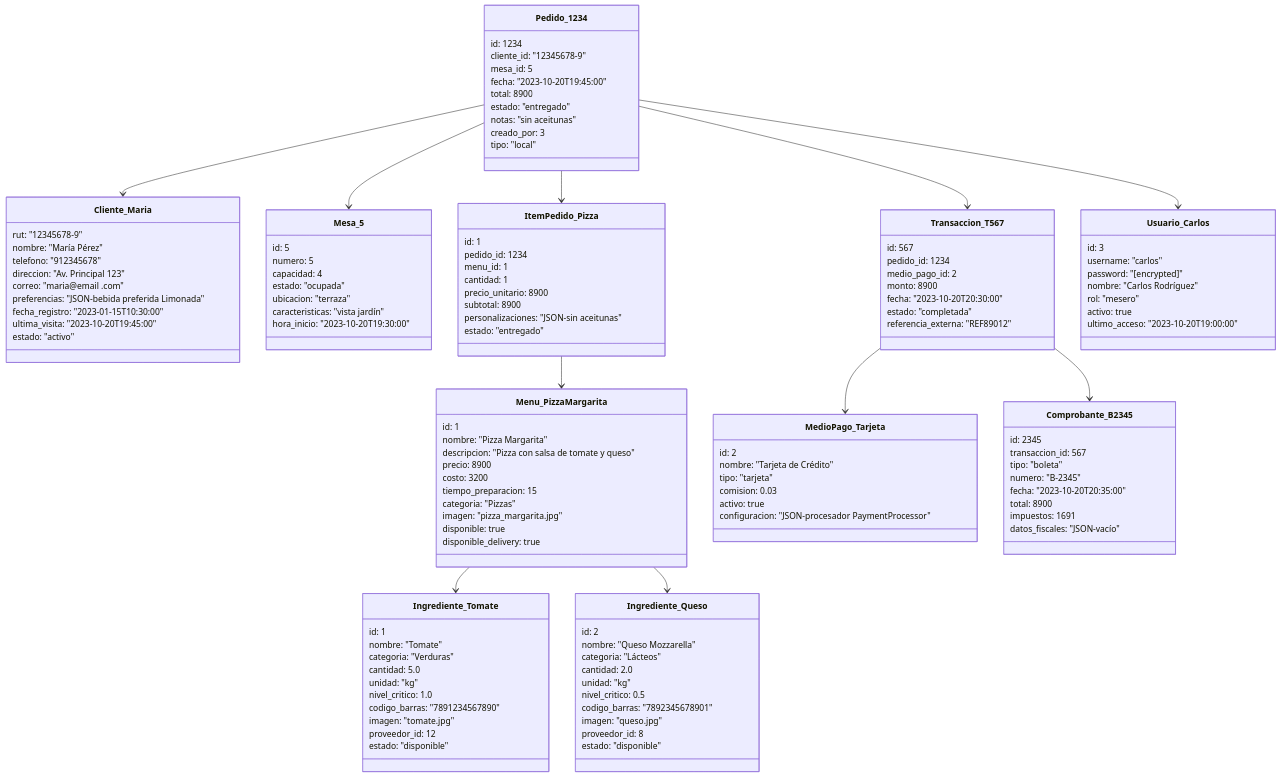
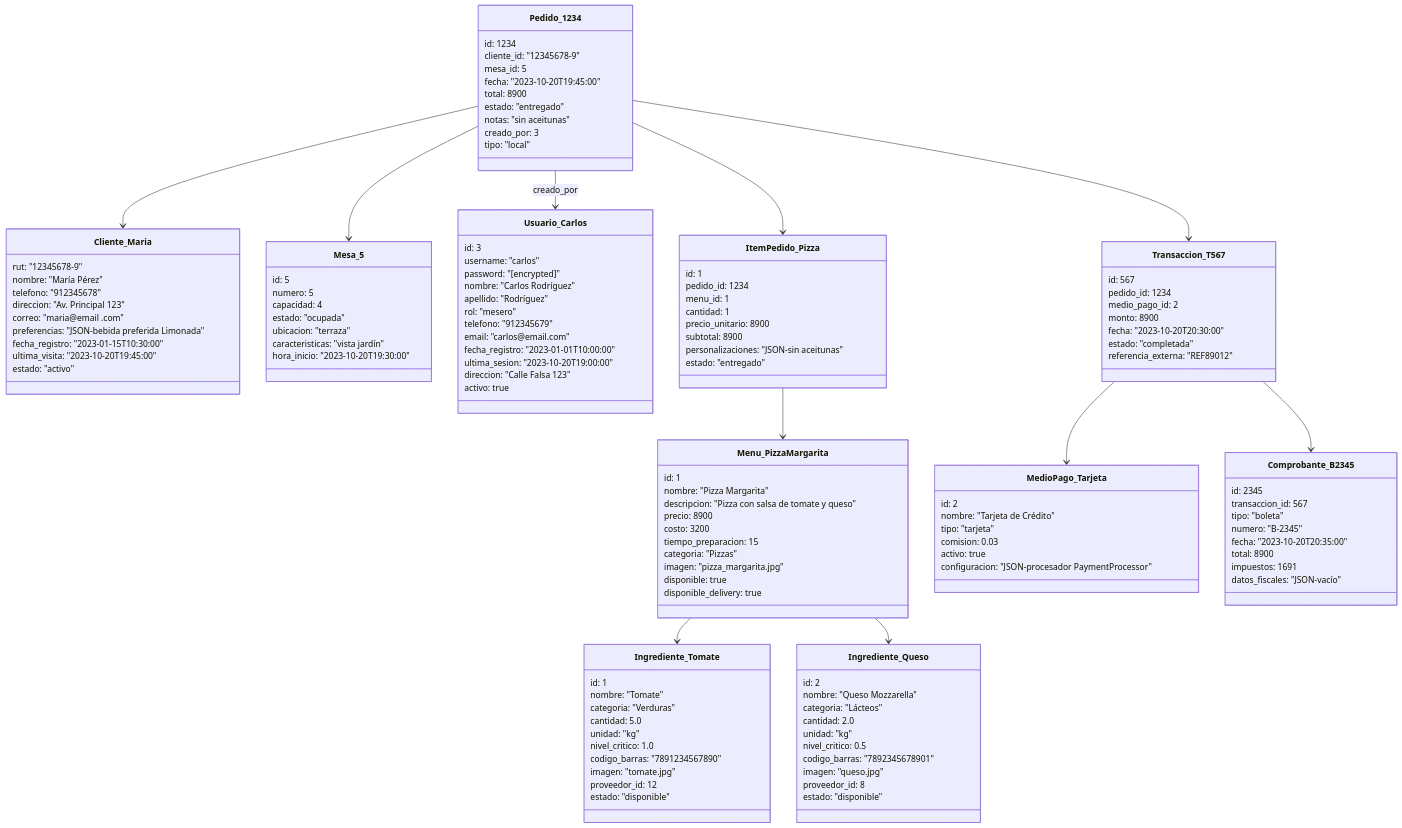
Before and after one commit to Fabo01/Dise-o_Software: the tenth of 12 diagrams in Sistema_Restaurante/Docs/Diagramas/Diagramas.md, drawn with Mermaid. The commit also changed other lines of this file and 8 other files, not shown here.

````diff
--- a/Sistema_Restaurante/Docs/Diagramas/Diagramas.md
+++ b/Sistema_Restaurante/Docs/Diagramas/Diagramas.md
@@ -1123,6 +1147,21 @@
         tipo: "local"
     }
     
+    class Usuario_Carlos {
+        id: 3
+        username: "carlos"
+        password: "[encrypted]"
+        nombre: "Carlos Rodríguez"
+        apellido: "Rodríguez"
+        rol: "mesero"
+        telefono: "912345679"
+        email: "carlos@email.com"
+        fecha_registro: "2023-01-01T10:00:00"
+        ultima_sesion: "2023-10-20T19:00:00"
+        direccion: "Calle Falsa 123"
+        activo: true
+    }
+    
     class ItemPedido_Pizza {
         id: 1
         pedido_id: 1234
@@ -1164,16 +1203,6 @@
         datos_fiscales: "JSON-vacío"
     }
     
-    class Usuario_Carlos {
-        id: 3
-        username: "carlos"
-        password: "[encrypted]"
-        nombre: "Carlos Rodríguez"
-        rol: "mesero"
-        activo: true
-        ultimo_acceso: "2023-10-20T19:00:00"
-    }
-    
     Pedido_1234 --> Cliente_Maria
     Pedido_1234 --> Mesa_5
     Pedido_1234 --> ItemPedido_Pizza
@@ -1183,5 +1212,5 @@
     Pedido_1234 --> Transaccion_T567
     Transaccion_T567 --> MedioPago_Tarjeta
     Transaccion_T567 --> Comprobante_B2345
-    Pedido_1234 --> Usuario_Carlos
+    Pedido_1234 --> Usuario_Carlos : creado_por
 ```
````
